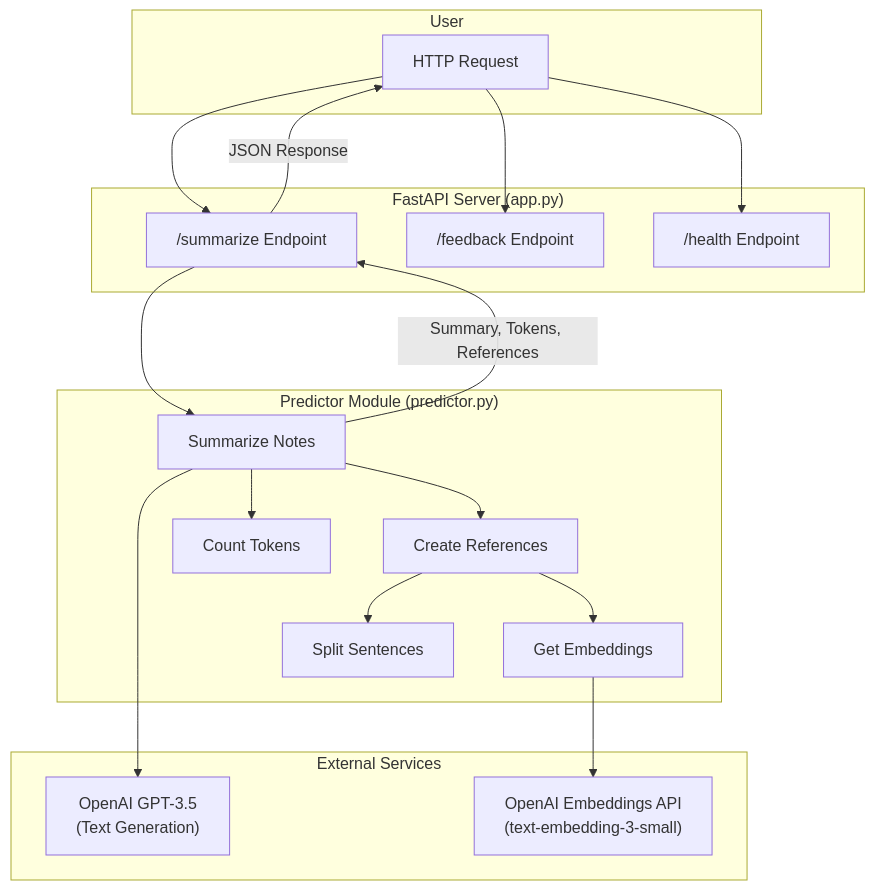
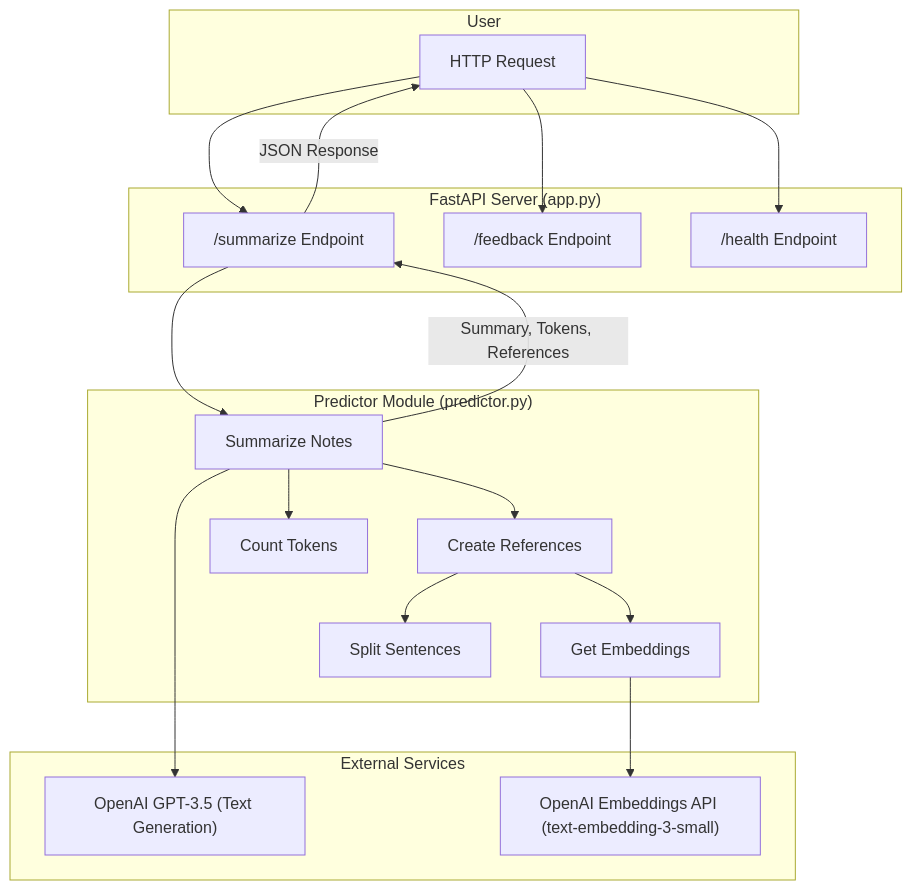
Before and after one commit to hasibzunair/medical-text-summarizer: the diagram in README.md, drawn with Mermaid.

Commit message:
fix mermaid variable names

````diff
--- a/README.md
+++ b/README.md
@@ -5,45 +5,45 @@
 ```mermaid
 flowchart TB
     subgraph User
         HTTP[HTTP Request]
     end
 
     subgraph FastAPI["FastAPI Server (app.py)"]
         EP_SUM["/summarize Endpoint"]
         EP_FEED["/feedback Endpoint"]
         EP_HEALTH["/health Endpoint"]
     end
 
     subgraph Predictor["Predictor Module (predictor.py)"]
         SUM[Summarize Notes]
         EMB[Get Embeddings]
         REF[Create References]
         TOK[Count Tokens]
         SPLIT[Split Sentences]
     end
 
     subgraph External["External Services"]
-        GPT["OpenAI GPT-3.5\n(Text Generation)"]
-        EMB_API["OpenAI Embeddings API\n(text-embedding-3-small)"]
+        GPT["OpenAI GPT-3.5 (Text Generation)"]
+        EMB_API["OpenAI Embeddings API (text-embedding-3-small)"]
     end
 
     %% User to FastAPI flow
     HTTP --> EP_SUM
     HTTP --> EP_FEED
     HTTP --> EP_HEALTH
 
     %% FastAPI to Predictor flow
     EP_SUM --> SUM
 
     %% Predictor internal flow
     SUM --> TOK
     SUM --> GPT
     SUM --> REF
     REF --> SPLIT
     REF --> EMB
     EMB --> EMB_API
 
     %% Response flow
     SUM --> |Summary, Tokens, References| EP_SUM
     EP_SUM --> |JSON Response| HTTP
 ```
````
